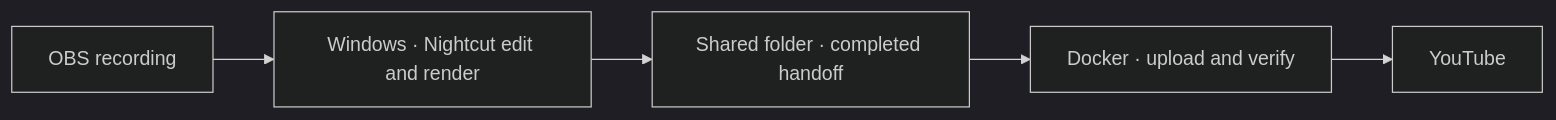
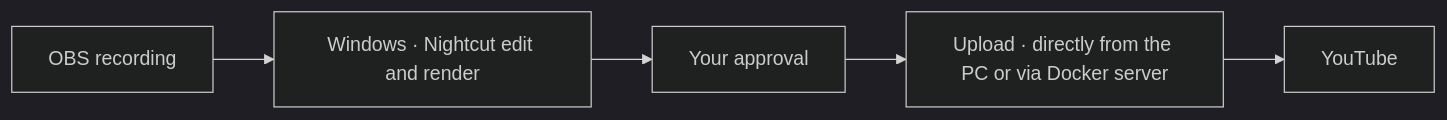
Before and after one commit to PaddyZockt/VODWerft: the diagram in README.md, drawn with Mermaid (dark theme). The commit also changed other lines of this file and 126 other files, not shown here.

````diff
--- a/README.md
+++ b/README.md
@@ -13,7 +13,7 @@
 ```mermaid
 flowchart LR
     A["OBS recording"] --> B["Windows · Nightcut edit and render"]
-    B --> C["Shared folder · completed handoff"]
-    C --> D["Docker · upload and verify"]
+    B --> C["Your approval"]
+    C --> D["Upload · directly from the PC or via Docker server"]
     D --> E["YouTube"]
 ```
````
